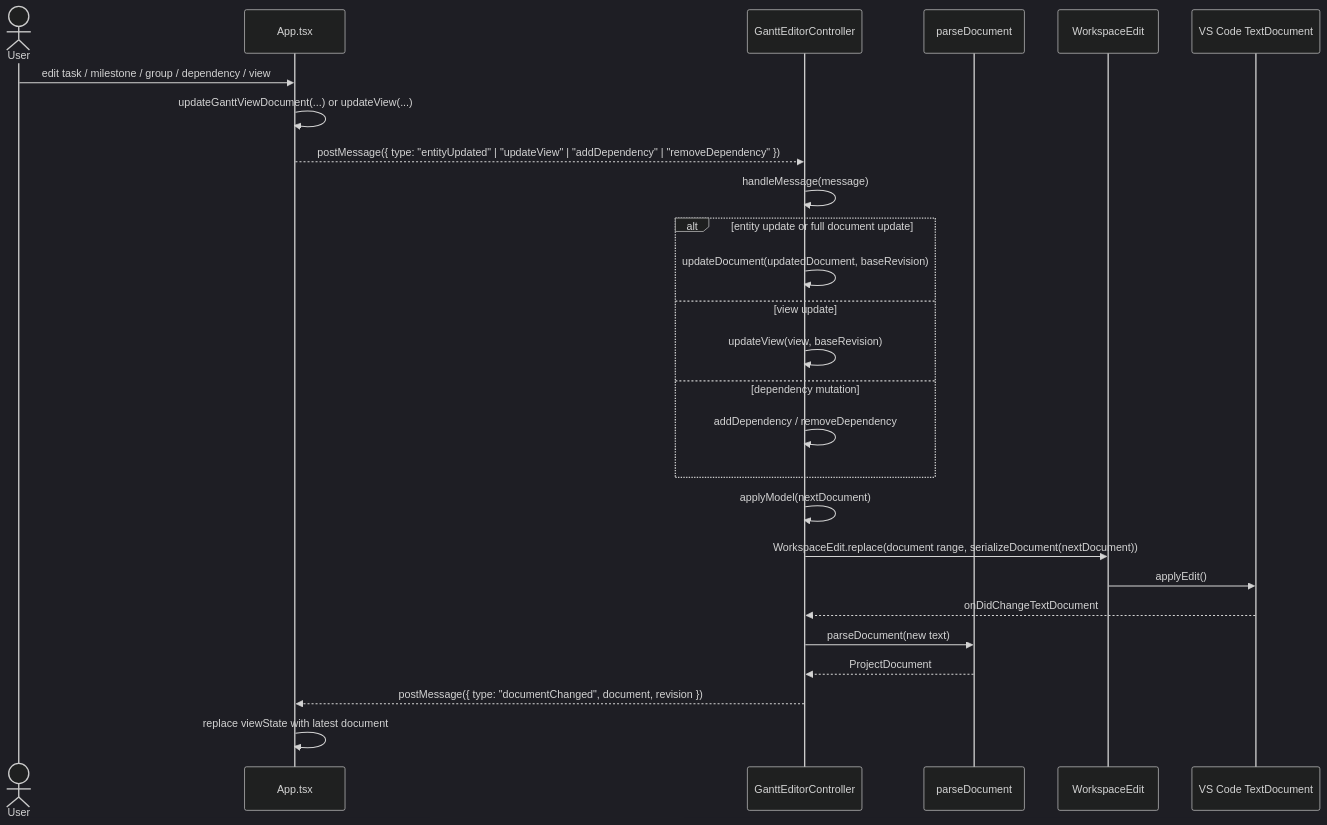
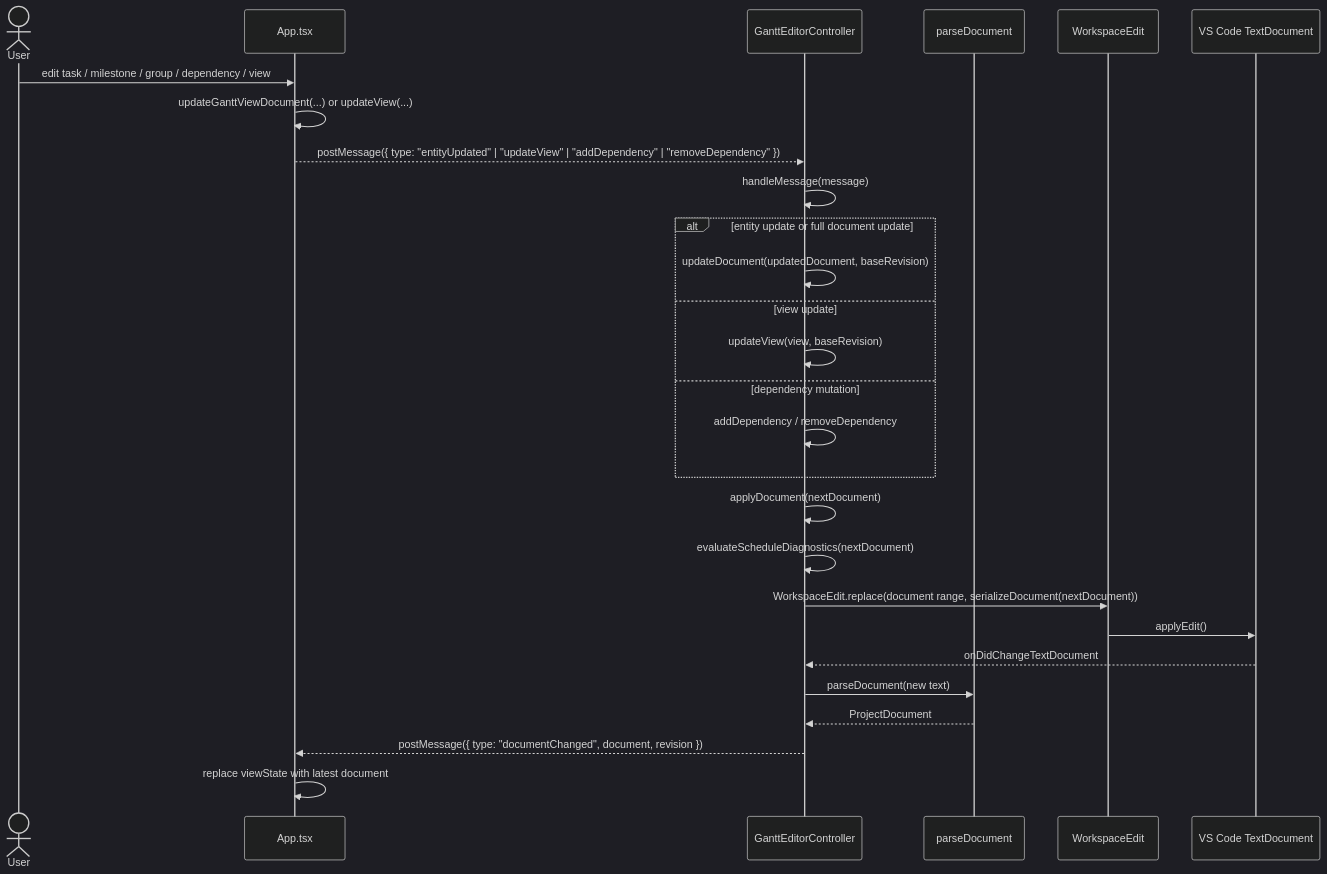
The fourth of 6 diagrams in docs/documentation/gantt-model-hydration.md (sergehas/ganttee), drawn with Mermaid (dark theme) before and after one commit. The commit also changed other lines of this file and 11 other files, not shown here.

````diff
--- a/docs/documentation/gantt-model-hydration.md
+++ b/docs/documentation/gantt-model-hydration.md
@@ -168,29 +179,30 @@
 ```mermaid
 sequenceDiagram
     actor User
     participant App as App.tsx
     participant Host as GanttEditorController
     participant Parse as parseDocument
     participant Write as WorkspaceEdit
     participant VSC as VS Code TextDocument
 
     User->>App: edit task / milestone / group / dependency / view
     App->>App: updateGanttViewDocument(...) or updateView(...)
     App-->>Host: postMessage({ type: "entityUpdated" | "updateView" | "addDependency" | "removeDependency" })
     Host->>Host: handleMessage(message)
     alt entity update or full document update
         Host->>Host: updateDocument(updatedDocument, baseRevision)
     else view update
         Host->>Host: updateView(view, baseRevision)
     else dependency mutation
         Host->>Host: addDependency / removeDependency
     end
-    Host->>Host: applyModel(nextDocument)
+    Host->>Host: applyDocument(nextDocument)
+    Host->>Host: evaluateScheduleDiagnostics(nextDocument)
     Host->>Write: WorkspaceEdit.replace(document range, serializeDocument(nextDocument))
     Write->>VSC: applyEdit()
     VSC-->>Host: onDidChangeTextDocument
     Host->>Parse: parseDocument(new text)
     Parse-->>Host: ProjectDocument
     Host-->>App: postMessage({ type: "documentChanged", document, revision })
     App->>App: replace viewState with latest document
 ```
````
